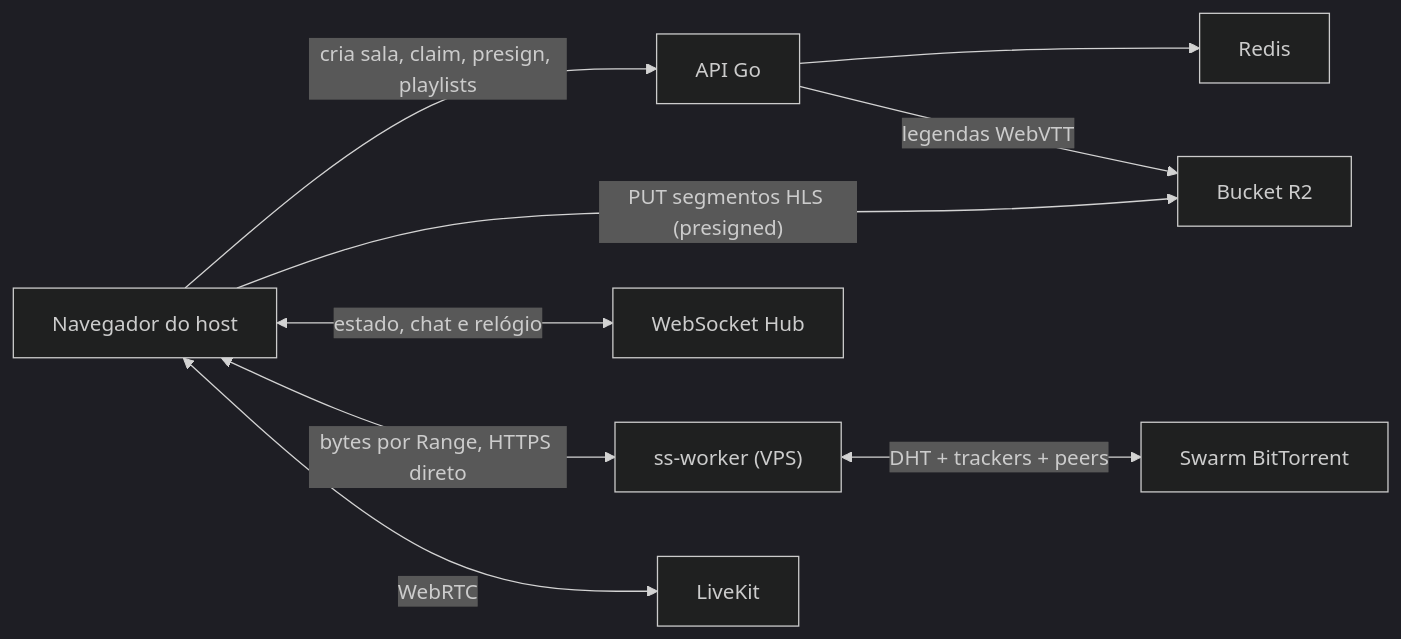
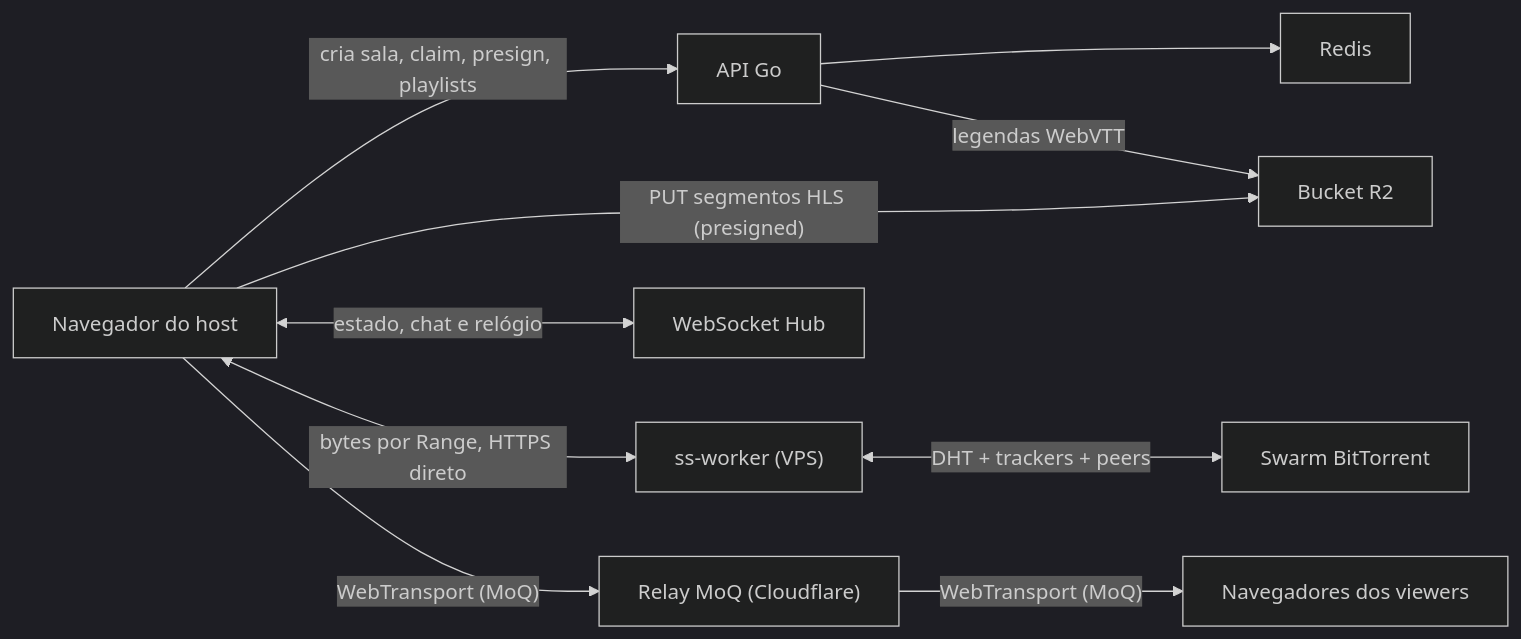
Before and after one commit to giulianoo0/juntos.lol: the diagram in README.md, drawn with Mermaid (dark theme). The commit also changed other lines of this file and 21 other files, not shown here.

Commit message:
feat: screen sharing runs over a Cloudflare MoQ relay with the screen's audio, and the LiveKit server leaves the stack

````diff
--- a/README.md
+++ b/README.md
@@ -27,11 +27,12 @@
 ```mermaid
 flowchart LR
     B["Navegador do host"] -->|"cria sala, claim, presign, playlists"| A["API Go"]
     B -->|"PUT segmentos HLS (presigned)"| O["Bucket R2"]
     B <-->|"estado, chat e relógio"| W["WebSocket Hub"]
     A --> R["Redis"]
     A -->|"legendas WebVTT"| O
     B <-->|"bytes por Range, HTTPS direto"| T["ss-worker (VPS)"]
     T <-->|"DHT + trackers + peers"| P["Swarm BitTorrent"]
-    B <-->|"WebRTC"| L["LiveKit"]
+    B -->|"WebTransport (MoQ)"| L["Relay MoQ (Cloudflare)"]
+    L -->|"WebTransport (MoQ)"| V["Navegadores dos viewers"]
 ```
````
